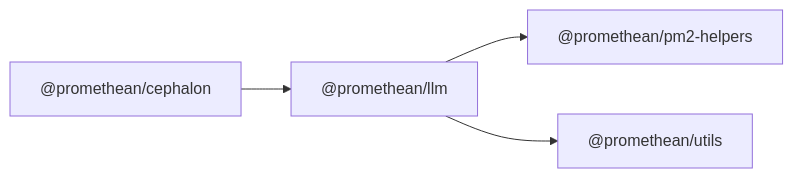
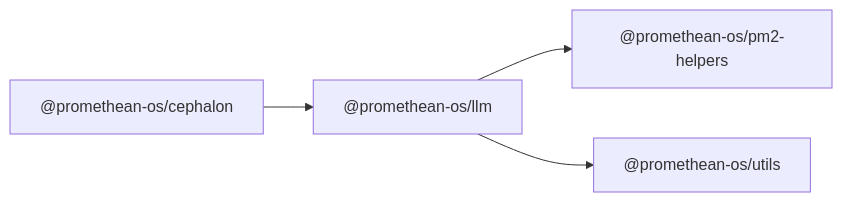
The diagram in docs/packages/llm/README.md (octave-commons/promethean), drawn with Mermaid before and after one commit. The commit also changed other lines of this file and 1753 other files, not shown here.

````diff
--- a/docs/packages/llm/README.md
+++ b/docs/packages/llm/README.md
@@ -14,13 +14,13 @@
 ```mermaid
 graph LR
-  A["@promethean/llm"]
-  D1["@promethean/pm2-helpers"]
-  D2["@promethean/utils"]
-  R1["@promethean/cephalon"]
-  A --> D1["@promethean/pm2-helpers"]
-  A --> D2["@promethean/utils"]
-  R1["@promethean/cephalon"] --> A
-  click D1 "../pm2-helpers/README.md" "@promethean/pm2-helpers"
-  click D2 "../utils/README.md" "@promethean/utils"
-  click R1 "../cephalon/README.md" "@promethean/cephalon"
+  A["@promethean-os/llm"]
+  D1["@promethean-os/pm2-helpers"]
+  D2["@promethean-os/utils"]
+  R1["@promethean-os/cephalon"]
+  A --> D1["@promethean-os/pm2-helpers"]
+  A --> D2["@promethean-os/utils"]
+  R1["@promethean-os/cephalon"] --> A
+  click D1 "../pm2-helpers/README.md" "@promethean-os/pm2-helpers"
+  click D2 "../utils/README.md" "@promethean-os/utils"
+  click R1 "../cephalon/README.md" "@promethean-os/cephalon"
 ```
````
